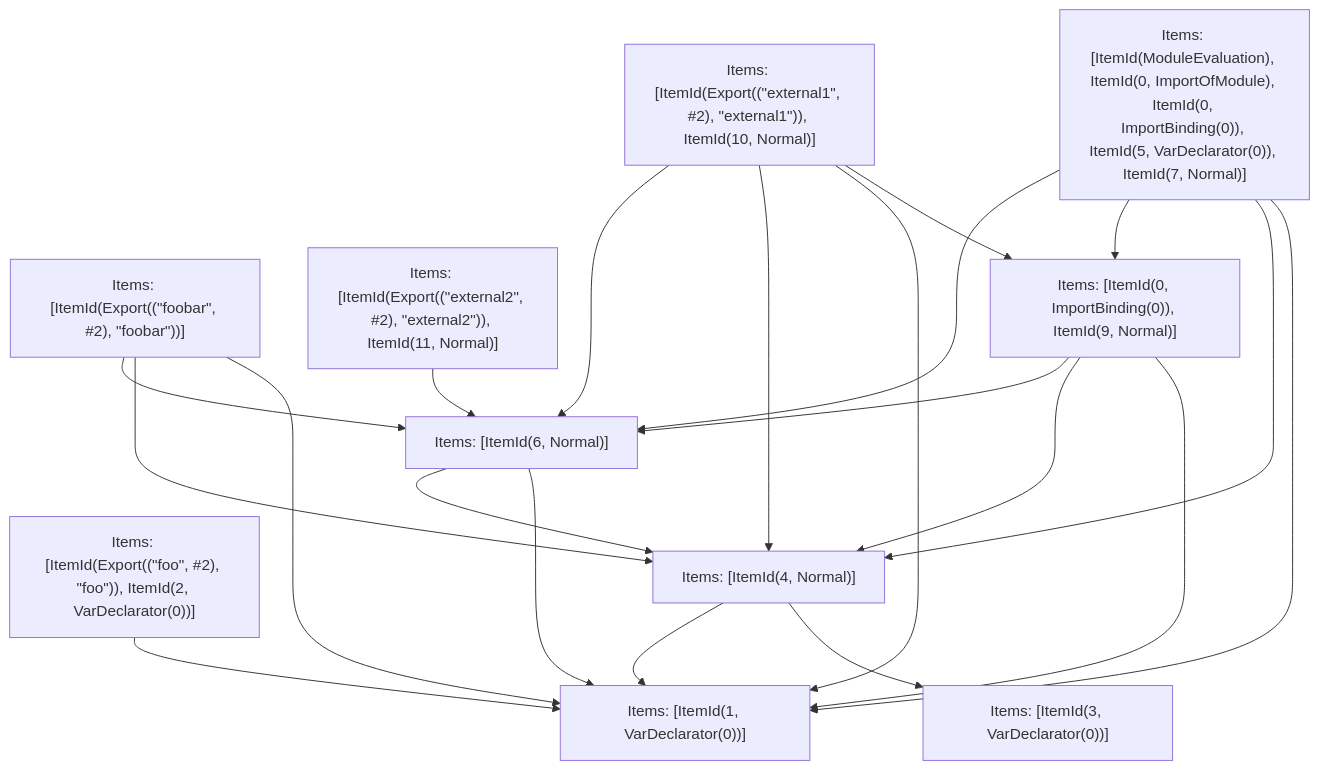
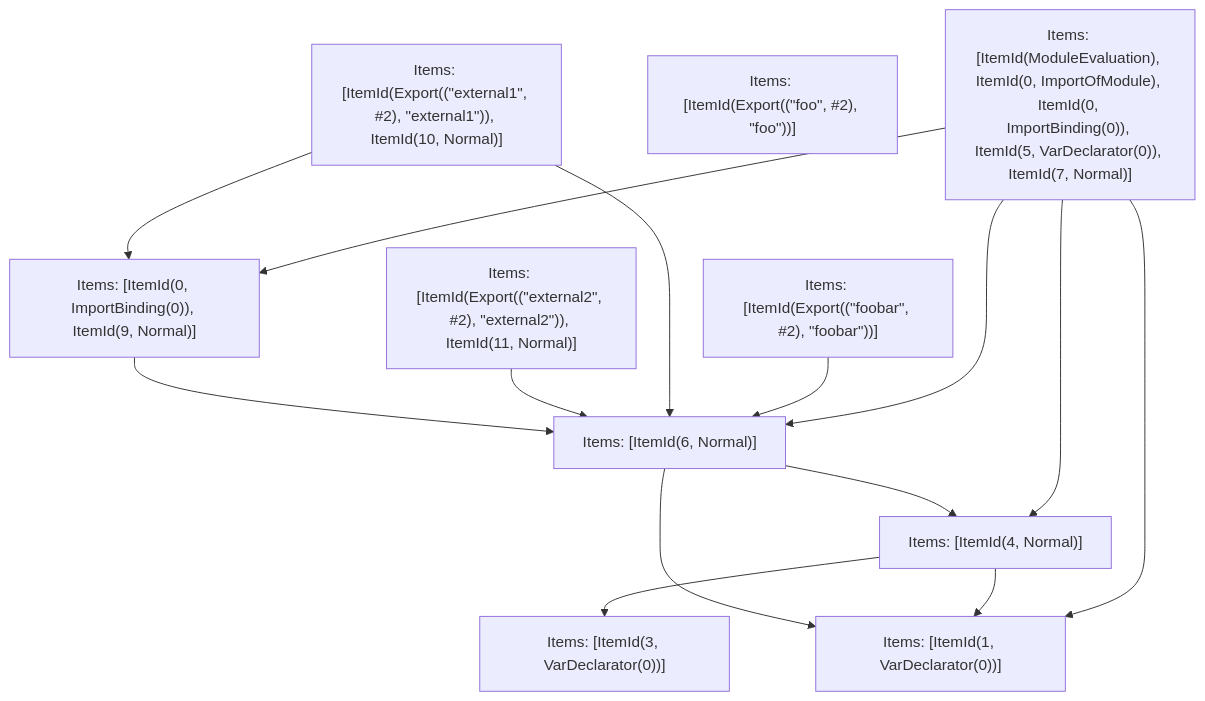
Before and after one commit to vercel/turborepo: the fifth of 5 diagrams in crates/turbopack-ecmascript/tests/tree-shaker/analyzer/1/output.md, drawn with Mermaid. The commit also changed other lines of this file and 20 other files, not shown here.

````diff
--- a/crates/turbopack-ecmascript/tests/tree-shaker/analyzer/1/output.md
+++ b/crates/turbopack-ecmascript/tests/tree-shaker/analyzer/1/output.md
@@ -344,33 +327,26 @@
 ```mermaid
 graph TD
     N0["Items: [ItemId(ModuleEvaluation), ItemId(0, ImportOfModule), ItemId(0, ImportBinding(0)), ItemId(5, VarDeclarator(0)), ItemId(7, Normal)]"];
     N1["Items: [ItemId(Export((&quot;foobar&quot;, #2), &quot;foobar&quot;))]"];
-    N2["Items: [ItemId(Export((&quot;foo&quot;, #2), &quot;foo&quot;)), ItemId(2, VarDeclarator(0))]"];
+    N2["Items: [ItemId(Export((&quot;foo&quot;, #2), &quot;foo&quot;))]"];
     N3["Items: [ItemId(Export((&quot;external1&quot;, #2), &quot;external1&quot;)), ItemId(10, Normal)]"];
     N4["Items: [ItemId(Export((&quot;external2&quot;, #2), &quot;external2&quot;)), ItemId(11, Normal)]"];
     N5["Items: [ItemId(1, VarDeclarator(0))]"];
     N6["Items: [ItemId(3, VarDeclarator(0))]"];
     N7["Items: [ItemId(4, Normal)]"];
     N8["Items: [ItemId(6, Normal)]"];
     N9["Items: [ItemId(0, ImportBinding(0)), ItemId(9, Normal)]"];
+    N0 --> N7;
     N0 --> N5;
-    N0 --> N7;
     N0 --> N9;
     N0 --> N8;
-    N1 --> N5;
-    N1 --> N7;
     N1 --> N8;
-    N2 --> N5;
     N3 --> N9;
-    N3 --> N5;
-    N3 --> N7;
     N3 --> N8;
     N4 --> N8;
     N7 --> N6;
     N7 --> N5;
+    N8 --> N7;
     N8 --> N5;
-    N8 --> N7;
-    N9 --> N5;
-    N9 --> N7;
     N9 --> N8;
 ```
````
